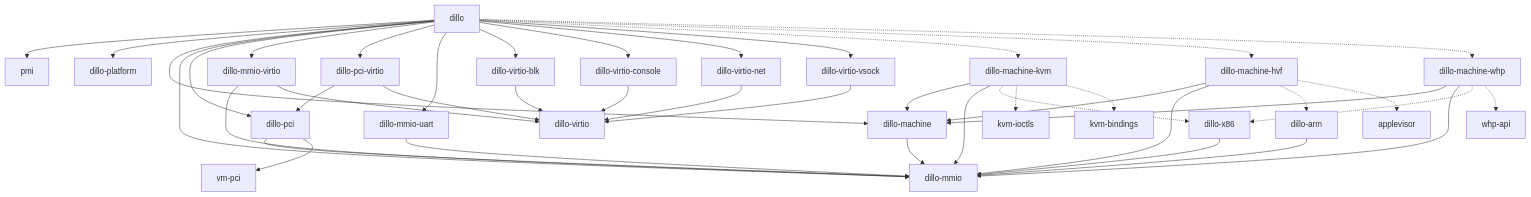
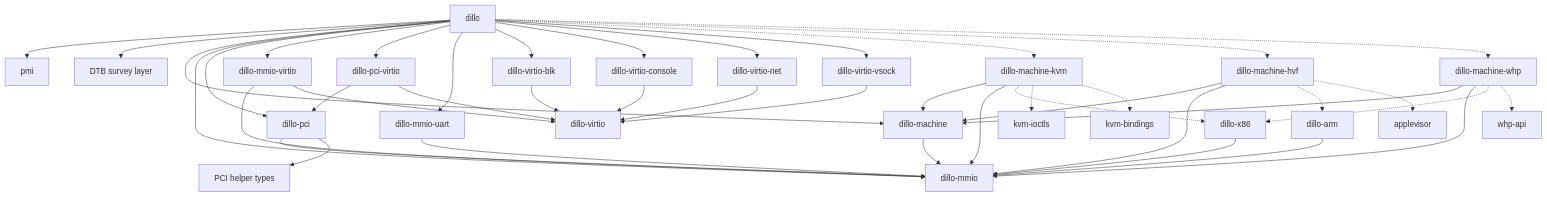
One commit to pichi-vm/pichi changed the diagram in DILLO-CRATE-SPLIT.md. Above: the diagram before and after it, drawn with Mermaid. The commit also changed other lines of this file, not shown here.

````diff
--- a/DILLO-CRATE-SPLIT.md
+++ b/DILLO-CRATE-SPLIT.md
@@ -27,56 +43,59 @@
 ```mermaid
 flowchart TD
+    dtb_survey["DTB survey layer"]
+    pci_types["PCI helper types"]
+
     dillo-machine --> dillo-mmio
 
     dillo-pci --> dillo-mmio
-    dillo-pci --> vm-pci
+    dillo-pci --> pci_types
 
     dillo-mmio-virtio --> dillo-mmio
     dillo-mmio-virtio --> dillo-virtio
 
     dillo-pci-virtio --> dillo-pci
     dillo-pci-virtio --> dillo-virtio
 
     dillo-mmio-uart --> dillo-mmio
 
     dillo-virtio-blk --> dillo-virtio
     dillo-virtio-console --> dillo-virtio
     dillo-virtio-net --> dillo-virtio
     dillo-virtio-vsock --> dillo-virtio
 
     dillo-x86 --> dillo-mmio
     dillo-arm --> dillo-mmio
 
     dillo-machine-kvm --> dillo-machine
     dillo-machine-kvm --> dillo-mmio
     dillo-machine-kvm -.-> dillo-x86
     dillo-machine-kvm -.-> kvm-ioctls
     dillo-machine-kvm -.-> kvm-bindings
 
     dillo-machine-hvf --> dillo-machine
     dillo-machine-hvf --> dillo-mmio
     dillo-machine-hvf -.-> dillo-arm
     dillo-machine-hvf -.-> applevisor
 
     dillo-machine-whp --> dillo-machine
     dillo-machine-whp --> dillo-mmio
     dillo-machine-whp -.-> dillo-x86
     dillo-machine-whp -.-> whp-api
 
     dillo --> pmi
-    dillo --> dillo-platform
+    dillo --> dtb_survey
     dillo --> dillo-machine
     dillo --> dillo-mmio
     dillo --> dillo-pci
     dillo --> dillo-mmio-virtio
     dillo --> dillo-pci-virtio
     dillo --> dillo-mmio-uart
     dillo --> dillo-virtio-blk
     dillo --> dillo-virtio-console
     dillo --> dillo-virtio-net
     dillo --> dillo-virtio-vsock
 
     dillo -.-> dillo-machine-kvm
     dillo -.-> dillo-machine-hvf
     dillo -.-> dillo-machine-whp
 ```
````
